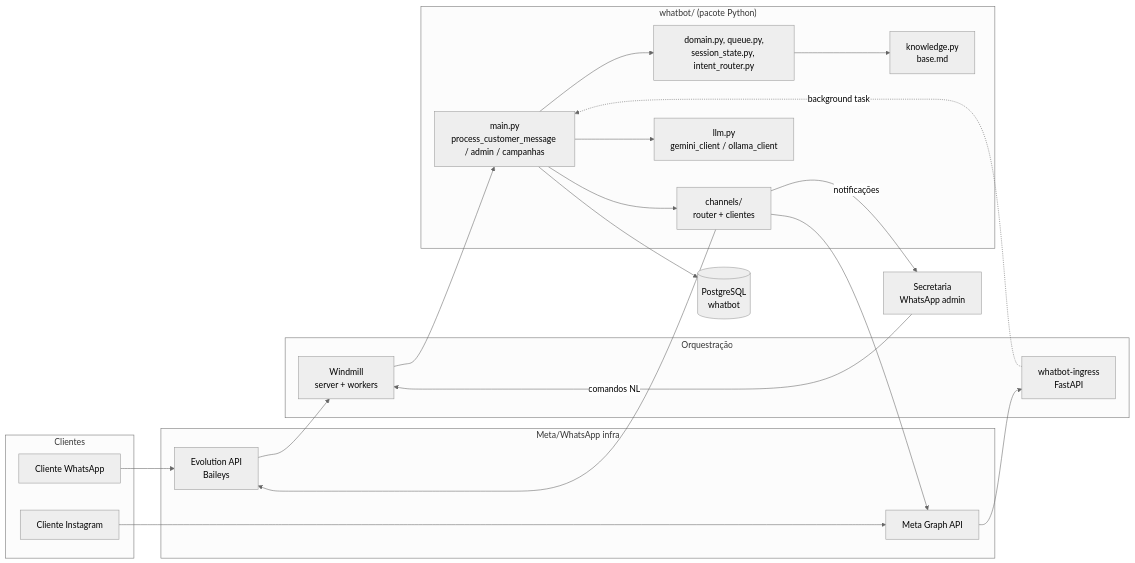
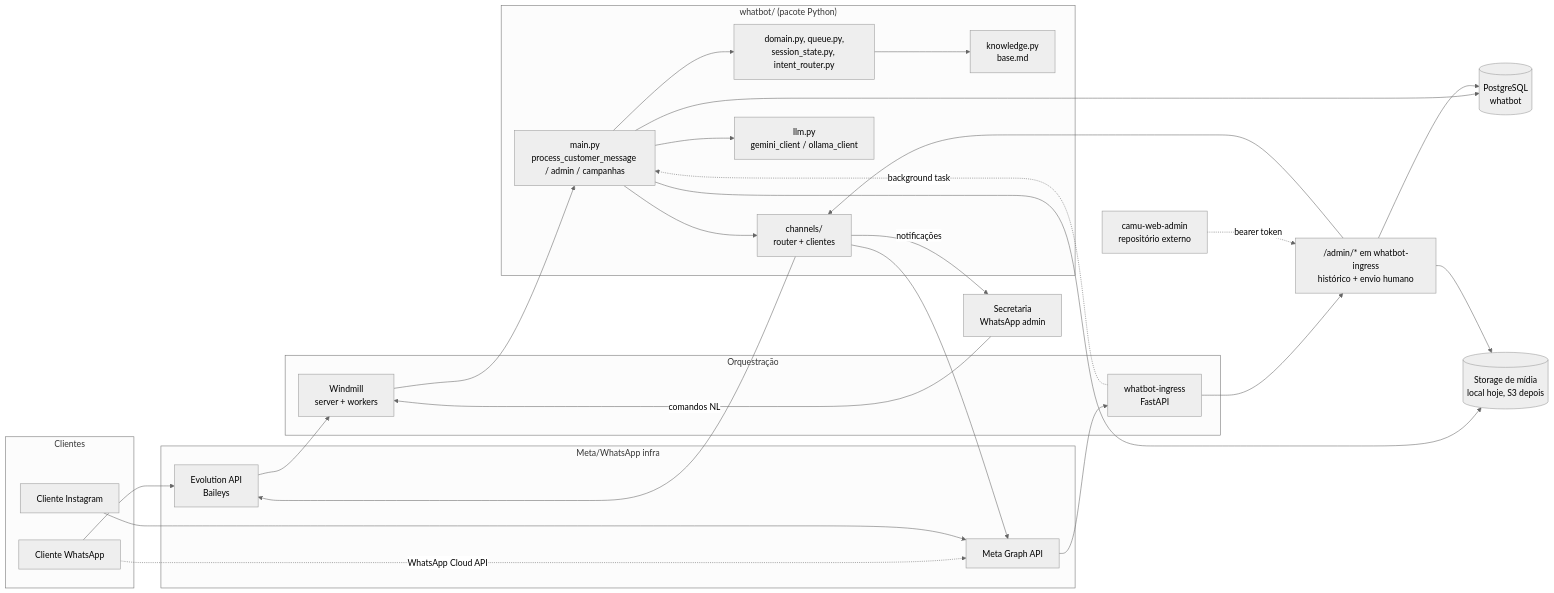
The diagram in docs/ARQUITETURA.md (Seijin18/WhatBot), drawn with Mermaid (neutral theme) before and after one commit. The commit also changed other lines of this file and 1 other file, not shown here.

First line of the commit message:
docs: documenta histórico de conversas, mídia e API admin

````diff
--- a/docs/ARQUITETURA.md
+++ b/docs/ARQUITETURA.md
@@ -43,42 +43,52 @@
 ```mermaid
 flowchart LR
     subgraph Clientes
         WA[Cliente WhatsApp]
         IG[Cliente Instagram]
     end
 
     subgraph Meta/WhatsApp infra
         Evo[Evolution API<br/>Baileys]
         MetaGraph[Meta Graph API]
     end
 
     subgraph Orquestração
         WM[Windmill<br/>server + workers]
         Ingress[whatbot-ingress<br/>FastAPI]
     end
 
     subgraph Núcleo["whatbot/ (pacote Python)"]
         Main[main.py<br/>process_customer_message / admin / campanhas]
         Domain[domain.py, queue.py,<br/>session_state.py, intent_router.py]
         Channels[channels/<br/>router + clientes]
         LLM[llm.py<br/>gemini_client / ollama_client]
         Know[knowledge.py<br/>base.md]
     end
 
     DB[(PostgreSQL<br/>whatbot)]
     Admin[Secretaria<br/>WhatsApp admin]
+    Storage[(Storage de mídia<br/>local hoje, S3 depois)]
+    AdminAPI["/admin/* em whatbot-ingress<br/>histórico + envio humano"]
+    PainelExterno[camu-web-admin<br/>repositório externo]
 
     WA --> Evo --> WM
+    WA -. WhatsApp Cloud API .-> MetaGraph
     IG --> MetaGraph --> Ingress
     Ingress -. background task .-> Main
     WM --> Main
     Main --> Domain
     Main --> Channels
     Main --> LLM
     Domain --> Know
     Main --> DB
+    Main --> Storage
     Channels --> Evo
     Channels --> MetaGraph
     Channels -->|notificações| Admin
     Admin -->|comandos NL| WM
+    Ingress --> AdminAPI
+    AdminAPI --> DB
+    AdminAPI --> Storage
+    AdminAPI --> Channels
+    PainelExterno -. bearer token .-> AdminAPI
 ```
````
